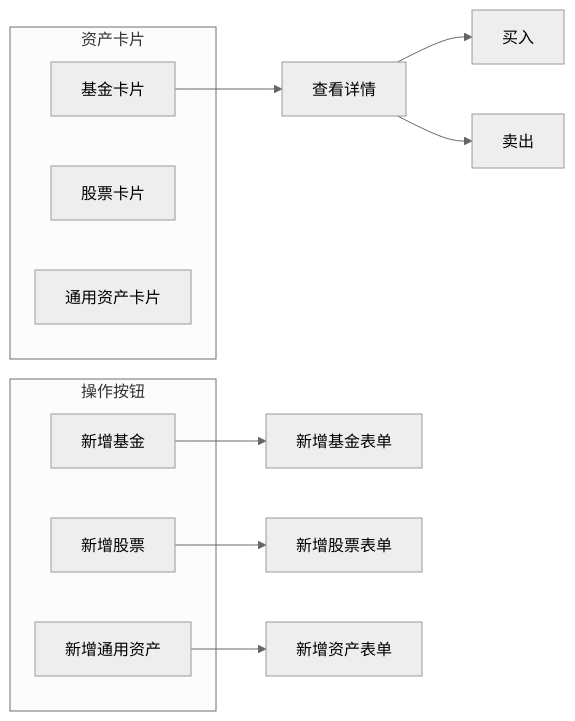
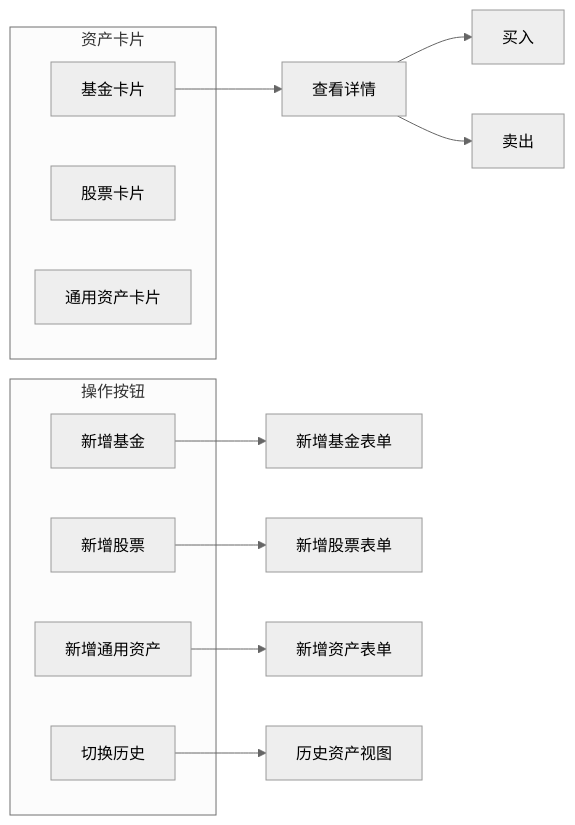
One commit to xiao-lin-unit/yuan changed the seventh of 8 diagrams in .qoder/repowiki/zh/content/资产管理/基金管理.md. Above: the diagram before and after it, drawn with Mermaid (neutral theme). The commit also changed other lines of this file and 9 other files, not shown here.

````diff
--- a/.qoder/repowiki/zh/content/资产管理/基金管理.md
+++ b/.qoder/repowiki/zh/content/资产管理/基金管理.md
@@ -371,19 +402,21 @@
 ```mermaid
 graph LR
 subgraph "资产卡片"
 FundCard[基金卡片]
 StockCard[股票卡片]
 AssetCard[通用资产卡片]
 end
 subgraph "操作按钮"
 AddFund[新增基金]
 AddStock[新增股票]
 AddAsset[新增通用资产]
+ToggleHistory[切换历史]
 end
 FundCard --> FundDetail[查看详情]
 FundDetail --> BuyFund[买入]
 FundDetail --> SellFund[卖出]
 AddFund --> FundForm[新增基金表单]
 AddStock --> StockForm[新增股票表单]
 AddAsset --> AssetForm[新增资产表单]
+ToggleHistory --> HistoryView[历史资产视图]
 ```
````
